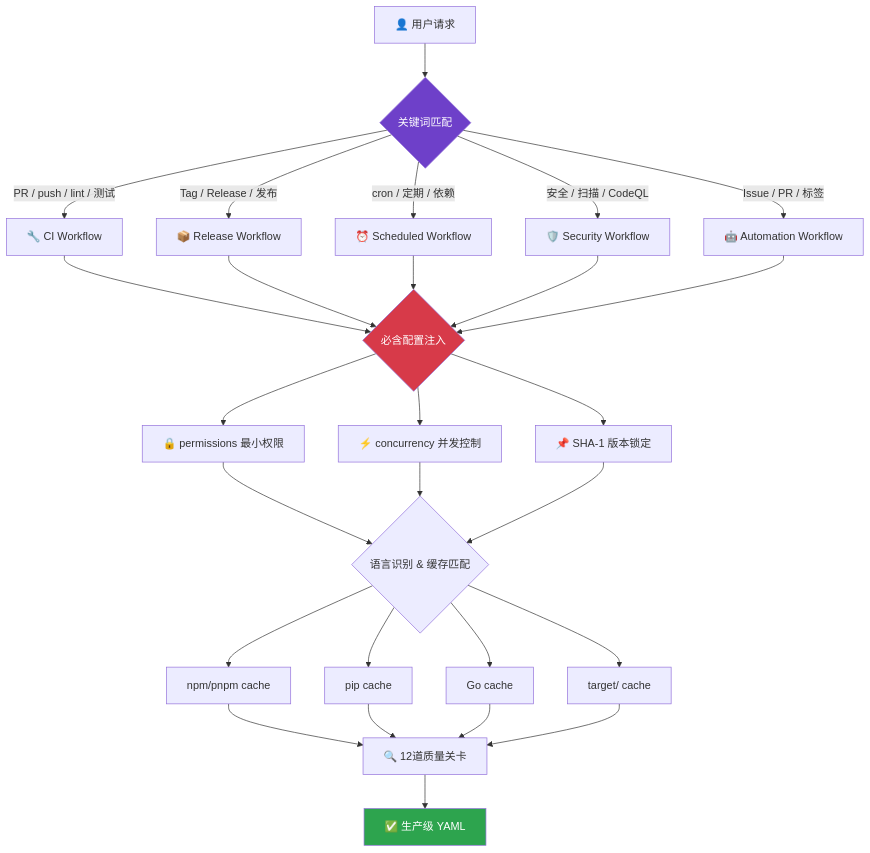
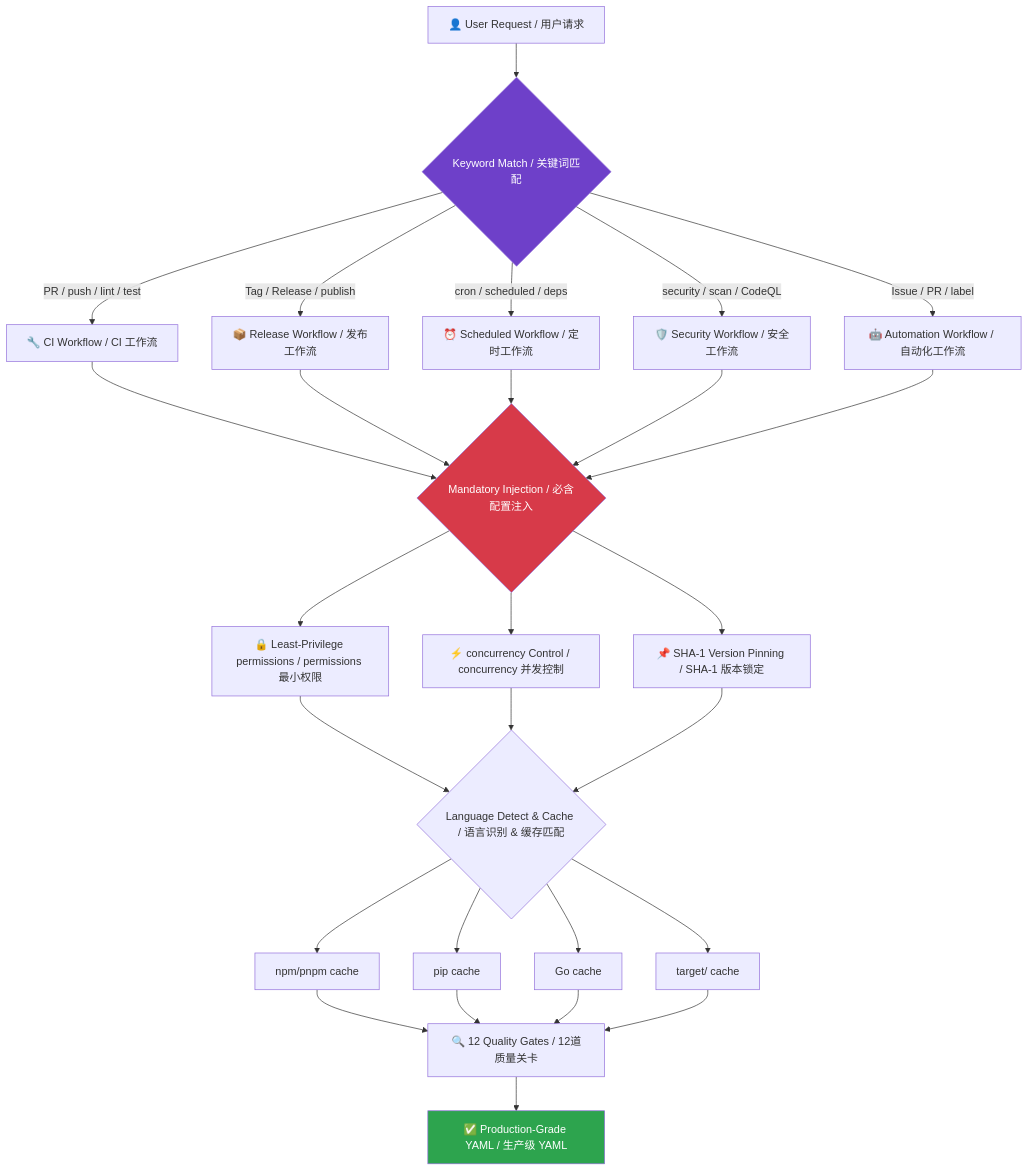
One commit to 2B0748/github-actions-skill changed the diagram in README.md. Above: the diagram before and after it, drawn with Mermaid. The commit also changed other lines of this file and 10 other files, not shown here.

````diff
--- a/README.md
+++ b/README.md
@@ -20,33 +20,33 @@
 ```mermaid
 graph TD
-    REQ[👤 用户请求] --> DET{关键词匹配}
+    REQ[👤 User Request / 用户请求] --> DET{Keyword Match / 关键词匹配}
     
-    DET -->|PR / push / lint / 测试| A[🔧 CI Workflow]
-    DET -->|Tag / Release / 发布| B[📦 Release Workflow]
-    DET -->|cron / 定期 / 依赖| C[⏰ Scheduled Workflow]
-    DET -->|安全 / 扫描 / CodeQL| D[🛡️ Security Workflow]
-    DET -->|Issue / PR / 标签| E[🤖 Automation Workflow]
+    DET -->|PR / push / lint / test| A[🔧 CI Workflow / CI 工作流]
+    DET -->|Tag / Release / publish| B[📦 Release Workflow / 发布工作流]
+    DET -->|cron / scheduled / deps| C[⏰ Scheduled Workflow / 定时工作流]
+    DET -->|security / scan / CodeQL| D[🛡️ Security Workflow / 安全工作流]
+    DET -->|Issue / PR / label| E[🤖 Automation Workflow / 自动化工作流]
     
-    A --> INJECT{必含配置注入}
+    A --> INJECT{Mandatory Injection / 必含配置注入}
     B --> INJECT
     C --> INJECT
     D --> INJECT
     E --> INJECT
     
-    INJECT --> PERM[🔒 permissions 最小权限]
-    INJECT --> CONC[⚡ concurrency 并发控制]
-    INJECT --> PIN[📌 SHA-1 版本锁定]
+    INJECT --> PERM[🔒 Least-Privilege permissions / permissions 最小权限]
+    INJECT --> CONC[⚡ concurrency Control / concurrency 并发控制]
+    INJECT --> PIN[📌 SHA-1 Version Pinning / SHA-1 版本锁定]
     
-    PERM & CONC & PIN --> CACHE{语言识别 & 缓存匹配}
+    PERM & CONC & PIN --> CACHE{Language Detect & Cache / 语言识别 & 缓存匹配}
     CACHE --> NODE[npm/pnpm cache]
     CACHE --> PY[pip cache]
     CACHE --> GO[Go cache]
     CACHE --> RUST[target/ cache]
     
-    NODE & PY & GO & RUST --> AUDIT[🔍 12道质量关卡]
-    AUDIT --> OUT[✅ 生产级 YAML]
+    NODE & PY & GO & RUST --> AUDIT[🔍 12 Quality Gates / 12道质量关卡]
+    AUDIT --> OUT[✅ Production-Grade YAML / 生产级 YAML]
     
     style OUT fill:#2da44e,color:#fff
     style DET fill:#6e40c9,color:#fff
     style INJECT fill:#d73a49,color:#fff
 ```
````
